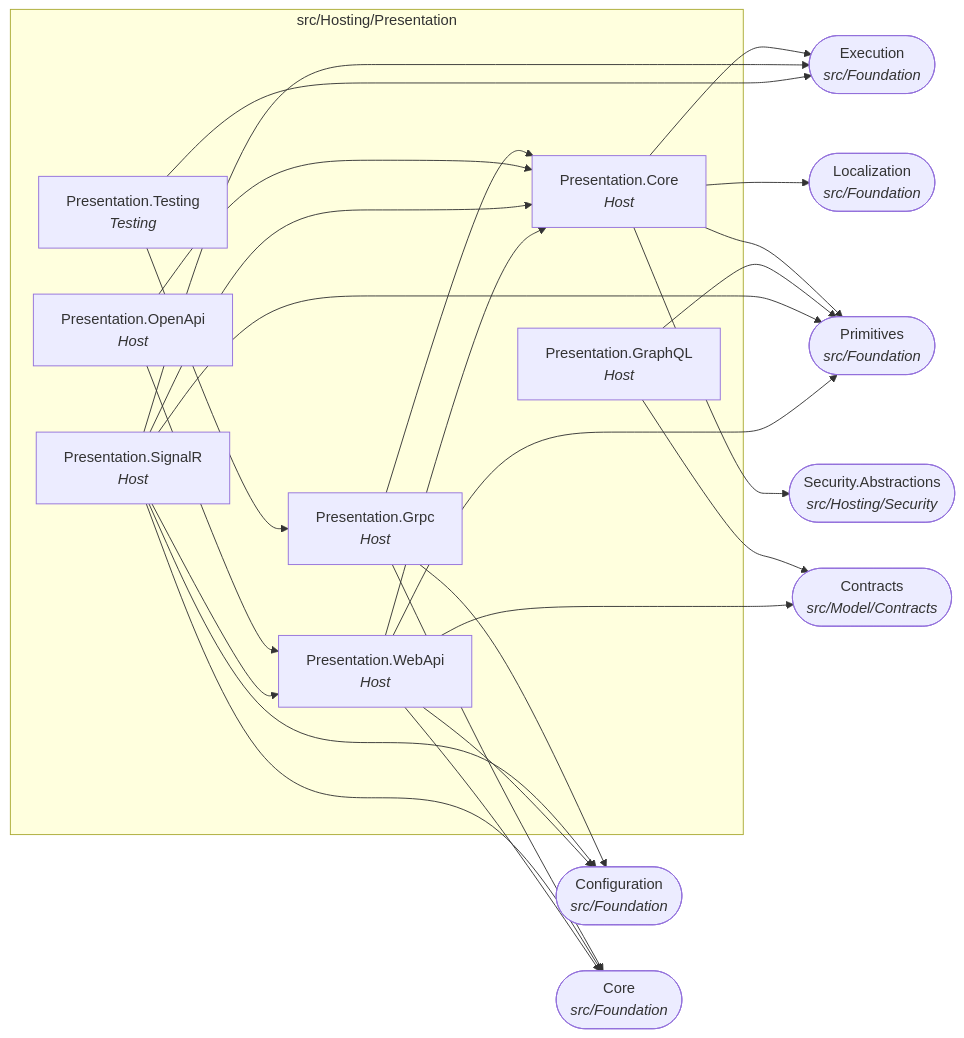
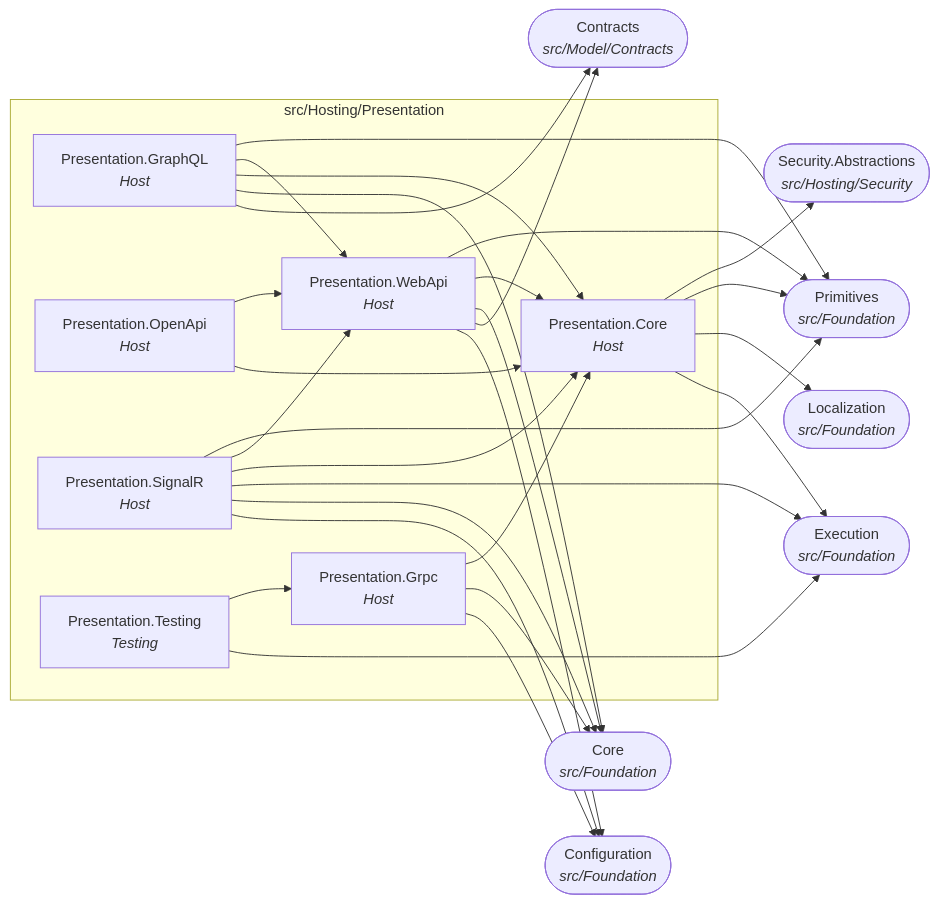
One commit to Gresta-Vertex-Labs/platform-shared-kernel changed the fourth of 22 diagrams in docs/dependency-graph.md. Above: the diagram before and after it, drawn with Mermaid. The commit also changed other lines of this file and 1494 other files, not shown here.

````diff
--- a/docs/dependency-graph.md
+++ b/docs/dependency-graph.md
@@ -173,43 +175,46 @@
 ```mermaid
 flowchart LR
   subgraph folder_src_Hosting_Presentation["src/Hosting/Presentation"]
     SharedKernel_Presentation_Core["Presentation.Core<br/><i>Host</i>"]
     SharedKernel_Presentation_GraphQL["Presentation.GraphQL<br/><i>Host</i>"]
     SharedKernel_Presentation_Grpc["Presentation.Grpc<br/><i>Host</i>"]
     SharedKernel_Presentation_OpenApi["Presentation.OpenApi<br/><i>Host</i>"]
     SharedKernel_Presentation_SignalR["Presentation.SignalR<br/><i>Host</i>"]
     SharedKernel_Presentation_Testing["Presentation.Testing<br/><i>Testing</i>"]
     SharedKernel_Presentation_WebApi["Presentation.WebApi<br/><i>Host</i>"]
   end
   SharedKernel_Configuration(["Configuration<br/><i>src/Foundation</i>"])
   SharedKernel_Contracts(["Contracts<br/><i>src/Model/Contracts</i>"])
   SharedKernel_Core(["Core<br/><i>src/Foundation</i>"])
   SharedKernel_Execution(["Execution<br/><i>src/Foundation</i>"])
   SharedKernel_Localization(["Localization<br/><i>src/Foundation</i>"])
   SharedKernel_Primitives(["Primitives<br/><i>src/Foundation</i>"])
   SharedKernel_Security_Abstractions(["Security.Abstractions<br/><i>src/Hosting/Security</i>"])
   SharedKernel_Presentation_Core --> SharedKernel_Execution
   SharedKernel_Presentation_Core --> SharedKernel_Localization
   SharedKernel_Presentation_Core --> SharedKernel_Primitives
   SharedKernel_Presentation_Core --> SharedKernel_Security_Abstractions
   SharedKernel_Presentation_GraphQL --> SharedKernel_Contracts
+  SharedKernel_Presentation_GraphQL --> SharedKernel_Core
+  SharedKernel_Presentation_GraphQL --> SharedKernel_Presentation_Core
+  SharedKernel_Presentation_GraphQL --> SharedKernel_Presentation_WebApi
   SharedKernel_Presentation_GraphQL --> SharedKernel_Primitives
   SharedKernel_Presentation_Grpc --> SharedKernel_Configuration
   SharedKernel_Presentation_Grpc --> SharedKernel_Core
   SharedKernel_Presentation_Grpc --> SharedKernel_Presentation_Core
   SharedKernel_Presentation_OpenApi --> SharedKernel_Presentation_Core
   SharedKernel_Presentation_OpenApi --> SharedKernel_Presentation_WebApi
   SharedKernel_Presentation_SignalR --> SharedKernel_Configuration
   SharedKernel_Presentation_SignalR --> SharedKernel_Core
   SharedKernel_Presentation_SignalR --> SharedKernel_Execution
   SharedKernel_Presentation_SignalR --> SharedKernel_Presentation_Core
   SharedKernel_Presentation_SignalR --> SharedKernel_Presentation_WebApi
   SharedKernel_Presentation_SignalR --> SharedKernel_Primitives
   SharedKernel_Presentation_Testing --> SharedKernel_Execution
   SharedKernel_Presentation_Testing --> SharedKernel_Presentation_Grpc
   SharedKernel_Presentation_WebApi --> SharedKernel_Configuration
   SharedKernel_Presentation_WebApi --> SharedKernel_Contracts
   SharedKernel_Presentation_WebApi --> SharedKernel_Core
   SharedKernel_Presentation_WebApi --> SharedKernel_Presentation_Core
   SharedKernel_Presentation_WebApi --> SharedKernel_Primitives
 ```
````
